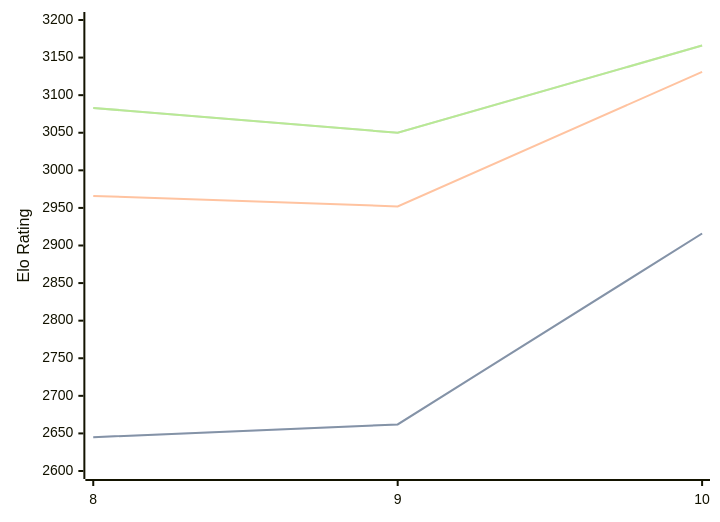
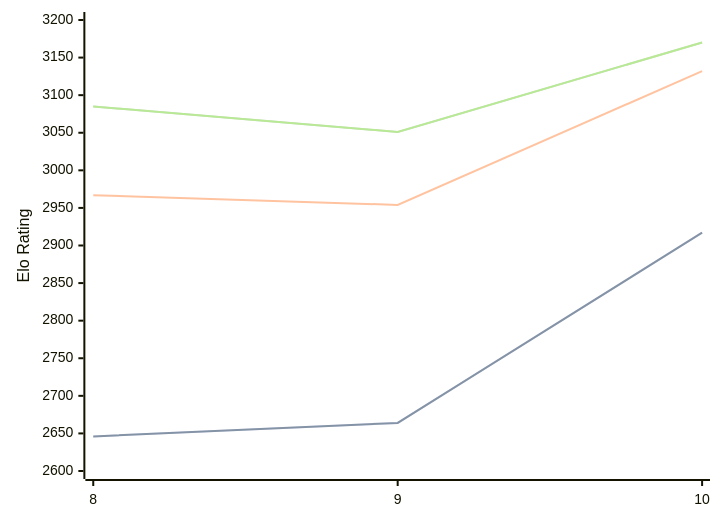
One commit to computer-chess-index/cci changed the diagram in engines/Lozza.md. Above: the diagram before and after it, drawn with Mermaid. The commit also changed other lines of this file, not shown here.

Commit message:
Update CCI Ratings (ELO VLTC) - 2026-05-16

````diff
--- a/engines/Lozza.md
+++ b/engines/Lozza.md
@@ -41,11 +41,11 @@
 ```mermaid
 %%{init: {"theme":"base","themeVariables":{"seriesColors:['#a3a3a3','#222221','#faa371']}}}%%
 xychart-beta
   x-axis ["8", "9", "10"]
   y-axis "Elo Rating" 2600 --> 3200
-  line "STC (8.0+0.08s)" [2645, 2662, 2916]
-  line "STC (8.0+0.08s)" [2645, 2662, 2916]
-  line "LTC (60.0+0.60s)" [2966, 2952, 3131]
-  line "VLTC (2m24s+1.12s)" [3083, 3050, 3166]
-  line "VLTC (2m24s+1.12s)" [3083, 3050, 3166]
+  line "STC (8.0+0.08s)" [2646, 2664, 2917]
+  line "STC (8.0+0.08s)" [2646, 2664, 2917]
+  line "LTC (60.0+0.60s)" [2967, 2954, 3132]
+  line "VLTC (2m24s+1.12s)" [3085, 3051, 3170]
+  line "VLTC (2m24s+1.12s)" [3085, 3051, 3170]
 ```
````
